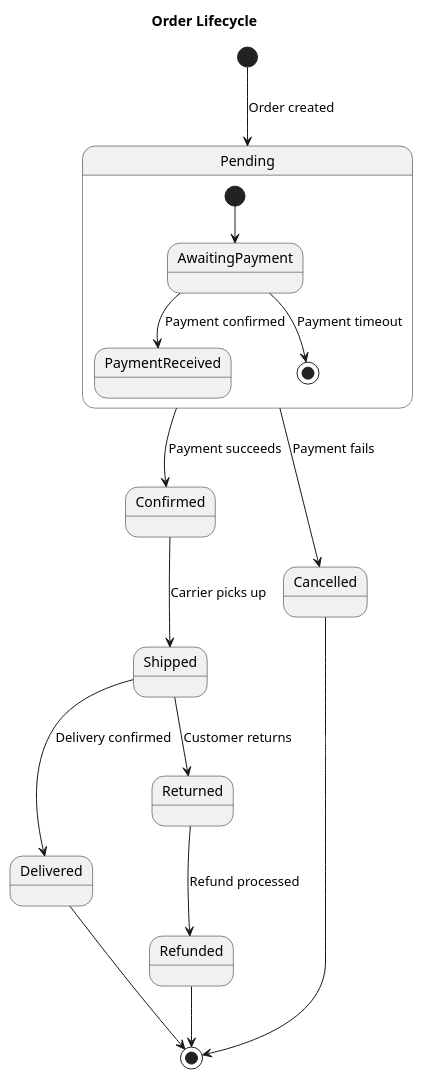
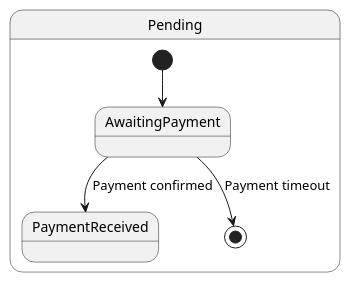
One commit to Dynokostya/just-works changed the first of 2 diagrams in .claude/skills/plantuml-diagramming/references/state-diagrams.md. Above: the diagram before and after it, drawn with PlantUML. The commit also changed other lines of this file and 79 other files, not shown here.

````diff
--- a/.claude/skills/plantuml-diagramming/references/state-diagrams.md
+++ b/.claude/skills/plantuml-diagramming/references/state-diagrams.md
@@ -5,26 +9,7 @@
 ```plantuml
-@startuml
-title Order Lifecycle
-
-[*] --> Pending: Order created
-
 state Pending {
     [*] --> AwaitingPayment
     AwaitingPayment --> PaymentReceived: Payment confirmed
     AwaitingPayment --> [*]: Payment timeout
 }
-
-Pending --> Confirmed: Payment succeeds
-Pending --> Cancelled: Payment fails
-
-Confirmed --> Shipped: Carrier picks up
-Shipped --> Delivered: Delivery confirmed
-Shipped --> Returned: Customer returns
-
-Delivered --> [*]
-Cancelled --> [*]
-Returned --> Refunded: Refund processed
-Refunded --> [*]
-
-@enduml
 ```
````
